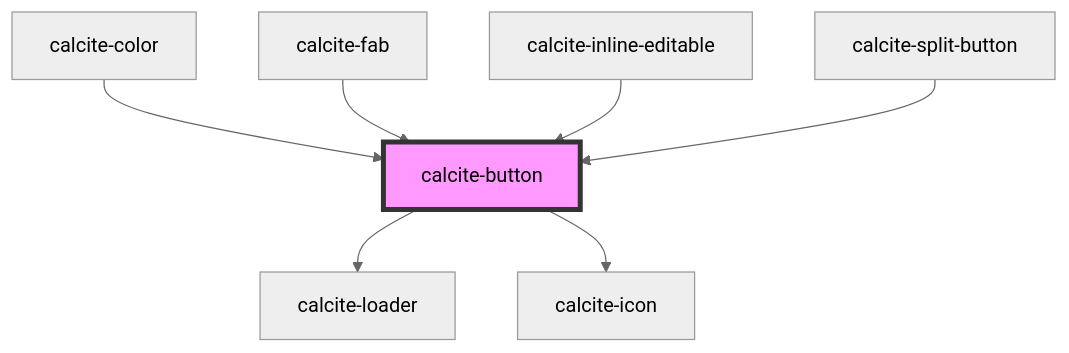
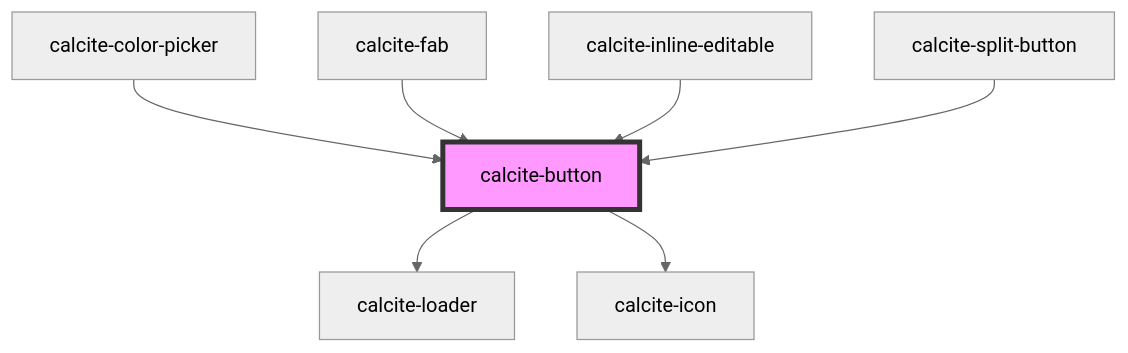
One commit to vikivakarvc/calcite-design-system changed the diagram in src/components/calcite-button/readme.md. Above: the diagram before and after it, drawn with Mermaid (neutral theme). The commit also changed other lines of this file and 31 other files, not shown here.

````diff
--- a/src/components/calcite-button/readme.md
+++ b/src/components/calcite-button/readme.md
@@ -64,10 +64,10 @@
 ```mermaid
 graph TD;
   calcite-button --> calcite-loader
   calcite-button --> calcite-icon
-  calcite-color --> calcite-button
+  calcite-color-picker --> calcite-button
   calcite-fab --> calcite-button
   calcite-inline-editable --> calcite-button
   calcite-split-button --> calcite-button
   style calcite-button fill:#f9f,stroke:#333,stroke-width:4px
 ```
````
